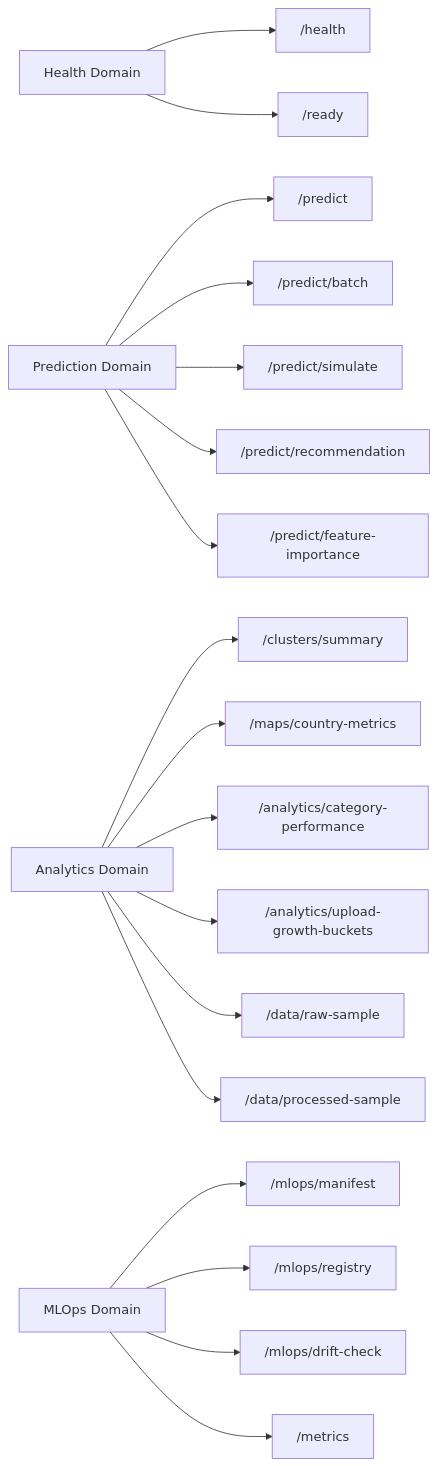
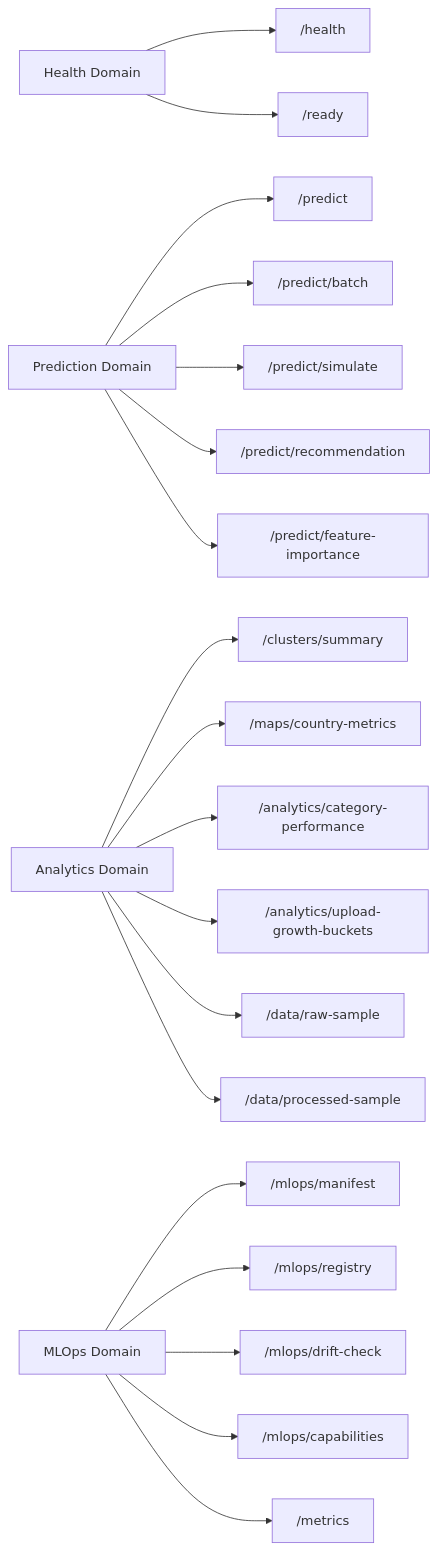
Before and after one commit to hoangsonww/YouTube-Success-Prediction-ML: the second of 5 diagrams in API_REFERENCE.md, drawn with Mermaid. The commit also changed other lines of this file and 109 other files, not shown here.

````diff
--- a/API_REFERENCE.md
+++ b/API_REFERENCE.md
@@ -69,20 +70,21 @@
 ```mermaid
 flowchart LR
     A[Health Domain] --> A1["/health"]
     A --> A2["/ready"]
     B[Prediction Domain] --> B1["/predict"]
     B --> B2["/predict/batch"]
     B --> B3["/predict/simulate"]
     B --> B4["/predict/recommendation"]
     B --> B5["/predict/feature-importance"]
     C[Analytics Domain] --> C1["/clusters/summary"]
     C --> C2["/maps/country-metrics"]
     C --> C3["/analytics/category-performance"]
     C --> C4["/analytics/upload-growth-buckets"]
     C --> C5["/data/raw-sample"]
     C --> C6["/data/processed-sample"]
     D[MLOps Domain] --> D1["/mlops/manifest"]
     D --> D2["/mlops/registry"]
     D --> D3["/mlops/drift-check"]
-    D --> D4["/metrics"]
+    D --> D4["/mlops/capabilities"]
+    D --> D5["/metrics"]
 ```
````
